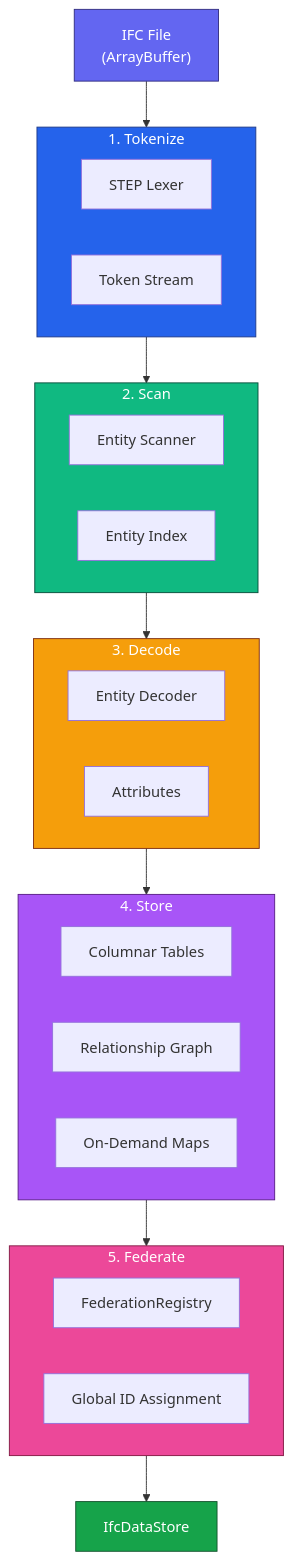
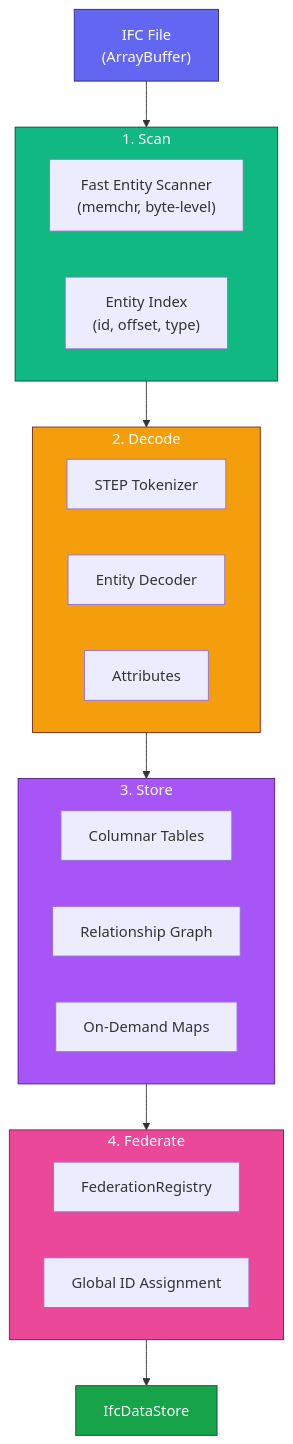
The tenth of 18 diagrams in docs/architecture/overview.md (LTplus-AG/ifc-lite), drawn with Mermaid before and after one commit. The commit also changed other lines of this file and 78 other files, not shown here.

````diff
--- a/docs/architecture/overview.md
+++ b/docs/architecture/overview.md
@@ -326,47 +328,41 @@
 ```mermaid
 flowchart TB
     Input["IFC File<br/>(ArrayBuffer)"]
 
-    subgraph Tokenize["1. Tokenize"]
-        STEP["STEP Lexer"]
-        Tokens["Token Stream"]
+    subgraph Scan["1. Scan"]
+        EntityScan["Fast Entity Scanner<br/>(memchr, byte-level)"]
+        Index["Entity Index<br/>(id, offset, type)"]
     end
 
-    subgraph Scan["2. Scan"]
-        EntityScan["Entity Scanner"]
-        Index["Entity Index"]
-    end
-
-    subgraph Decode["3. Decode"]
+    subgraph Decode["2. Decode"]
+        Tokenizer["STEP Tokenizer"]
         Decoder["Entity Decoder"]
         Attrs["Attributes"]
     end
 
-    subgraph Store["4. Store"]
+    subgraph Store["3. Store"]
         Tables["Columnar Tables"]
         Graph["Relationship Graph"]
         OnDemand["On-Demand Maps"]
     end
 
-    subgraph Federate["5. Federate"]
+    subgraph Federate["4. Federate"]
         Registry["FederationRegistry"]
         GlobalIDs["Global ID Assignment"]
     end
 
     Output["IfcDataStore"]
 
-    Input --> Tokenize
-    Tokenize --> Scan
+    Input --> Scan
     Scan --> Decode
     Decode --> Store
     Store --> Federate
     Federate --> Output
 
     style Input fill:#6366f1,stroke:#312e81,color:#fff
-    style Tokenize fill:#2563eb,stroke:#1e3a8a,color:#fff
     style Scan fill:#10b981,stroke:#064e3b,color:#fff
     style Decode fill:#f59e0b,stroke:#7c2d12,color:#fff
     style Store fill:#a855f7,stroke:#581c87,color:#fff
     style Federate fill:#ec4899,stroke:#831843,color:#fff
     style Output fill:#16a34a,stroke:#14532d,color:#fff
 ```
````
